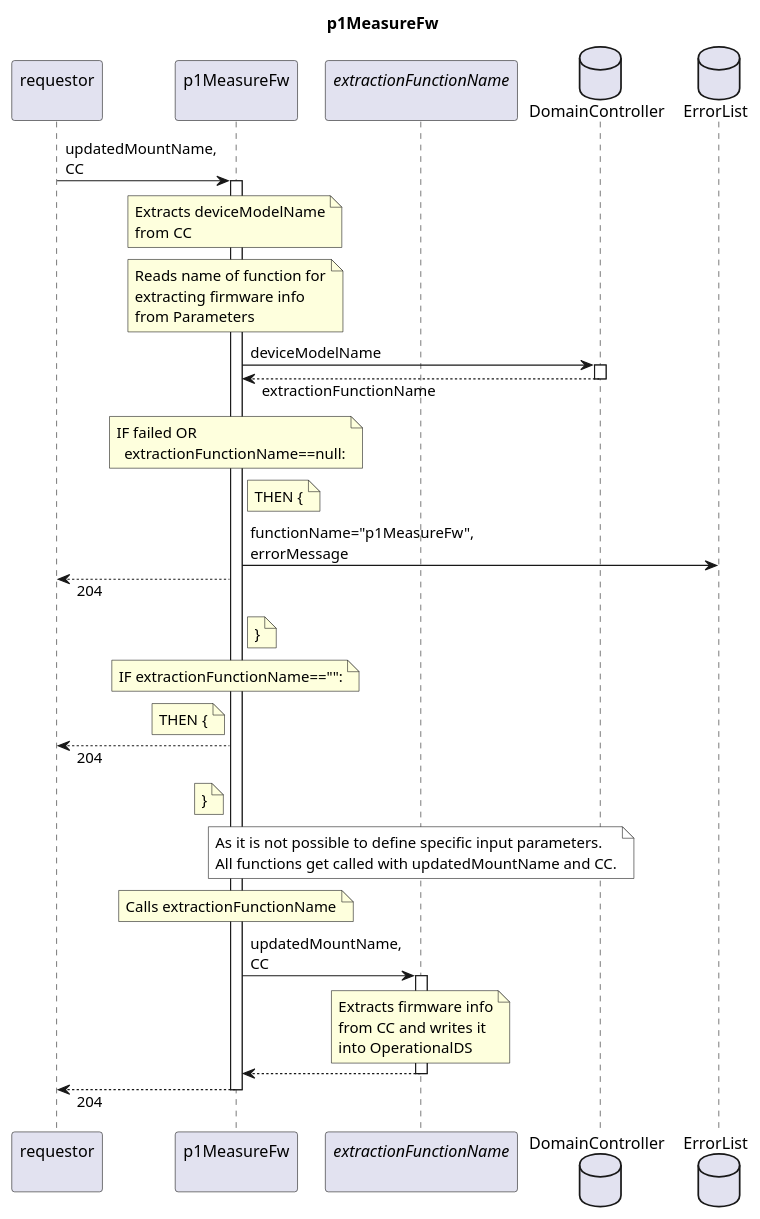
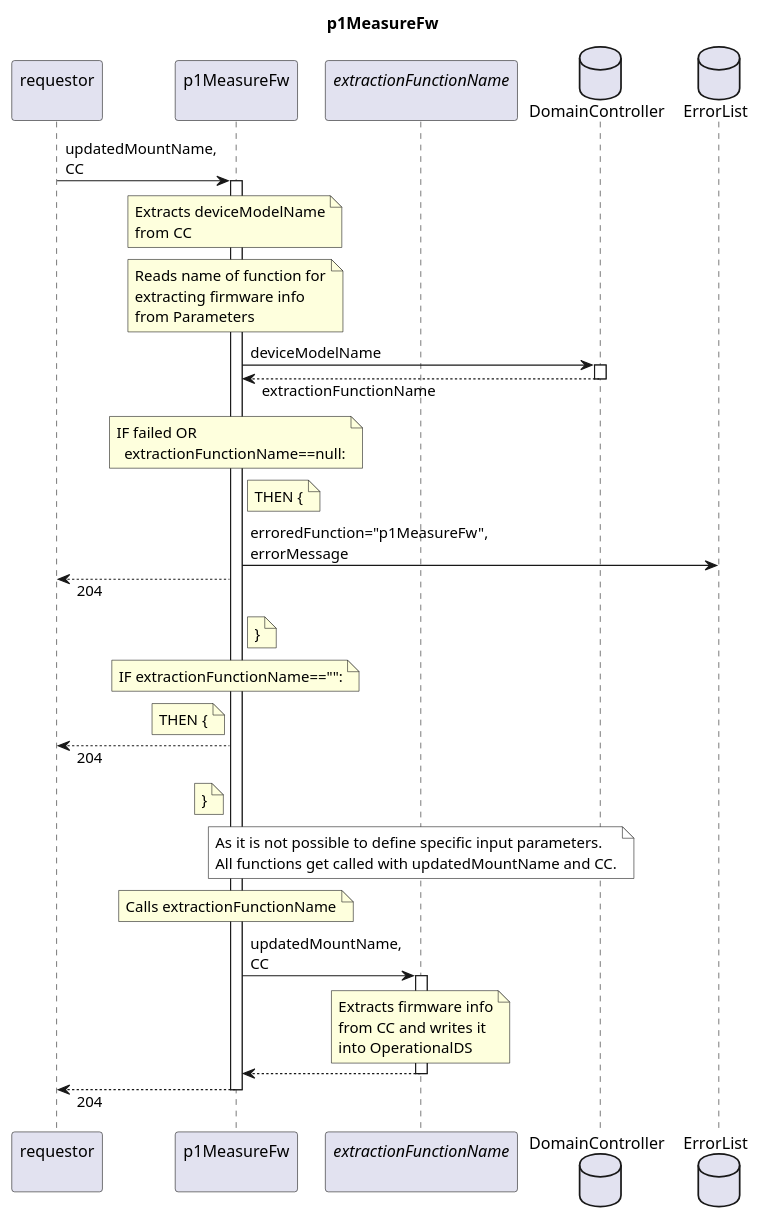
One commit to openBackhaul/FirmWareManager changed the diagram in spec/Functions/Measurement/p1MeasureFw/1.0.0/p1MeasureFw.plantuml. Above: the diagram before and after it, drawn with PlantUML. The commit also changed 28 other files, not shown here.

```diff
--- a/spec/Functions/Measurement/p1MeasureFw/1.0.0/p1MeasureFw.plantuml
+++ b/spec/Functions/Measurement/p1MeasureFw/1.0.0/p1MeasureFw.plantuml
@@ -1,76 +1,76 @@
 @startuml p1MeasureFw
 skinparam responseMessageBelowArrow true
 
 title
   p1MeasureFw
 end title
 
 participant "requestor\n" as requestor
 participant "p1MeasureFw\n" as indServ
 participant "<i>extractionFunctionName</i>\n" as extrFunc
 
 database "DomainController" as DC
 database "ErrorList" as hEL
 
 requestor -> indServ: updatedMountName,\nCC
 activate indServ
 
   note over indServ
     Extracts deviceModelName
     from CC
   end note
 
   note over indServ
     Reads name of function for
     extracting firmware info
     from Parameters
   end note
   indServ -> DC: deviceModelName
   activate DC
   indServ <-- DC: extractionFunctionName
   deactivate DC
   note over indServ
     IF failed OR 
       extractionFunctionName==null:
   end note
   note right indServ
     THEN {
   end note
-  indServ -> hEL: functionName="p1MeasureFw",\nerrorMessage
+  indServ -> hEL: erroredFunction="p1MeasureFw",\nerrorMessage
   requestor <-- indServ: 204
   note right indServ
     }
   end note
   note over indServ
     IF extractionFunctionName=="":
   end note
   note left indServ
     THEN {
   end note
   requestor <-- indServ: 204
   note left indServ
     }
   end note
 
   note over extrFunc #White
     As it is not possible to define specific input parameters.
     All functions get called with updatedMountName and CC.
   end note
 
   note over indServ
     Calls extractionFunctionName
   end note
   indServ -> extrFunc: updatedMountName,\nCC
   activate extrFunc
     note over extrFunc
       Extracts firmware info
       from CC and writes it
       into OperationalDS
     end note
   indServ <-- extrFunc
   deactivate extrFunc
 
 requestor <-- indServ: 204
 deactivate indServ
 
 @enduml
```
